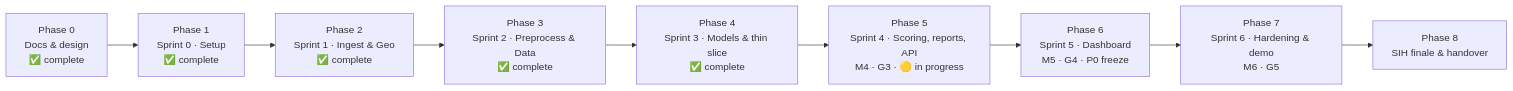
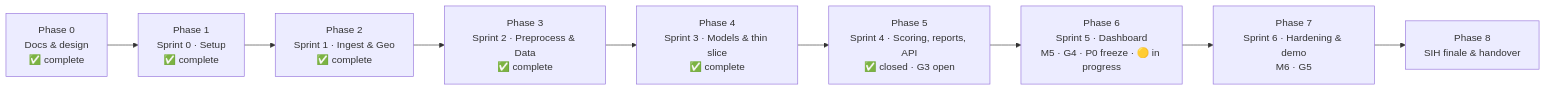
The diagram in TODO.md (Kalyan14s/sonarsentinel), drawn with Mermaid before and after one commit. The commit also changed other lines of this file, not shown here.

First line of the commit message:
docs(todo): close Phase 5, carry 25 open items to Phase 6

````diff
--- a/TODO.md
+++ b/TODO.md
@@ -18,11 +18,11 @@
 ```mermaid
 flowchart LR
     P0["Phase 0<br/>Docs & design<br/>✅ complete"] --> P1["Phase 1<br/>Sprint 0 · Setup<br/>✅ complete"]
     P1 --> P2["Phase 2<br/>Sprint 1 · Ingest & Geo<br/>✅ complete"]
     P2 --> P3["Phase 3<br/>Sprint 2 · Preprocess & Data<br/>✅ complete"]
     P3 --> P4["Phase 4<br/>Sprint 3 · Models & thin slice<br/>✅ complete"]
-    P4 --> P5["Phase 5<br/>Sprint 4 · Scoring, reports, API<br/>M4 · G3 · 🟡 in progress"]
-    P5 --> P6["Phase 6<br/>Sprint 5 · Dashboard<br/>M5 · G4 · P0 freeze"]
+    P4 --> P5["Phase 5<br/>Sprint 4 · Scoring, reports, API<br/>✅ closed · G3 open"]
+    P5 --> P6["Phase 6<br/>Sprint 5 · Dashboard<br/>M5 · G4 · P0 freeze · 🟡 in progress"]
     P6 --> P7["Phase 7<br/>Sprint 6 · Hardening & demo<br/>M6 · G5"]
     P7 --> P8["Phase 8<br/>SIH finale & handover"]
 ```
````
